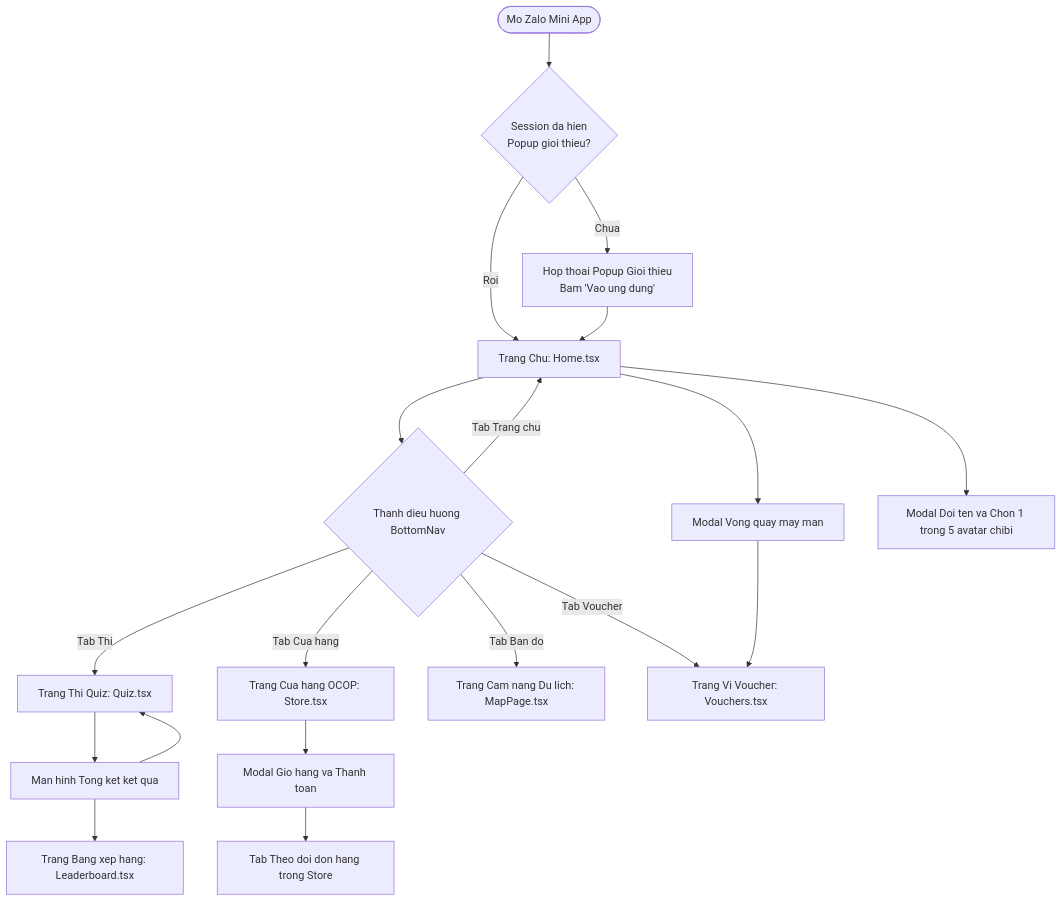
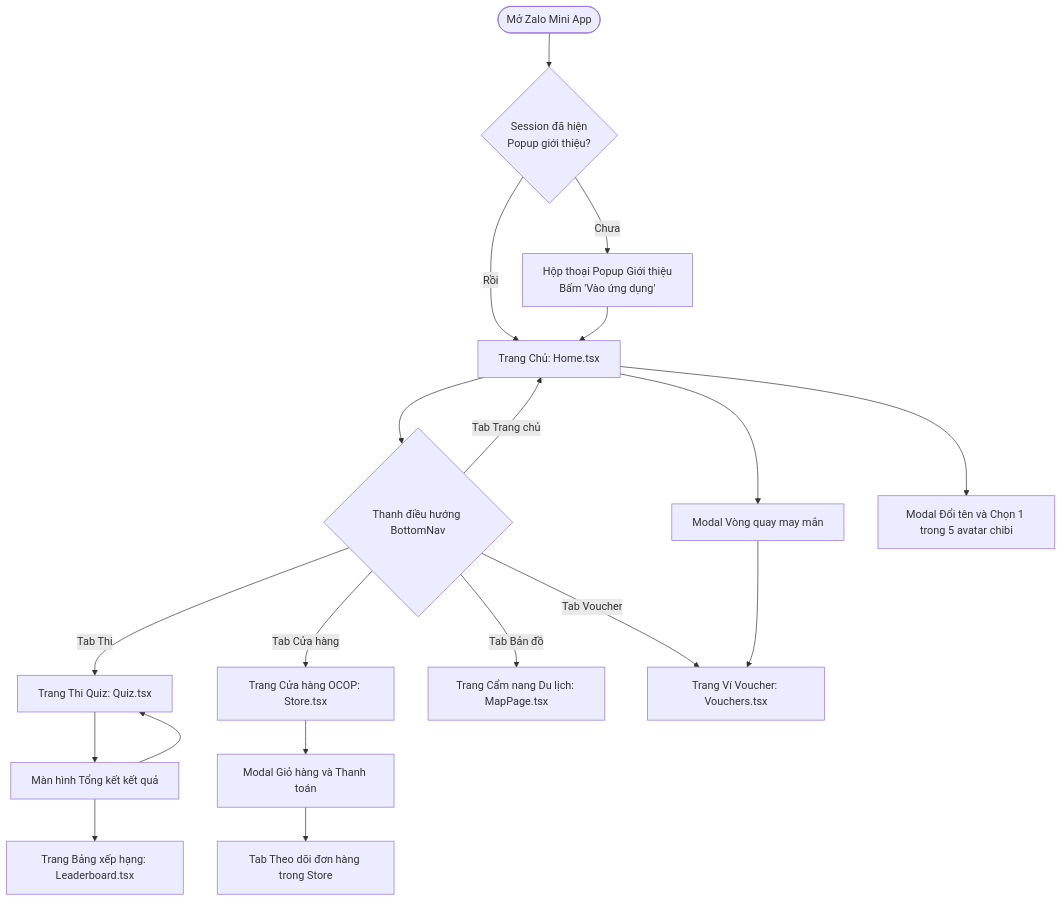
The tenth of 10 diagrams in MO_TA_HE_THONG.md (ZangKai2k3/dak-song-quest), drawn with Mermaid before and after one commit. The commit also changed other lines of this file and 2 other files, not shown here.

Commit message:
docs: chuyen doi toan bo file md sang tieng Viet co dau chuan chinh, khong emoji

````diff
--- a/MO_TA_HE_THONG.md
+++ b/MO_TA_HE_THONG.md
@@ -943,27 +943,27 @@
 ```mermaid
 flowchart TD
-    AppLaunch([Mo Zalo Mini App]) --> CheckPopup{Session da hien\nPopup gioi thieu?}
-    CheckPopup -- "Chua" --> ModalIntro[Hop thoai Popup Gioi thieu\nBam 'Vao ung dung']
-    CheckPopup -- "Roi" --> HomePage[Trang Chu: Home.tsx]
+    AppLaunch(["Mở Zalo Mini App"]) --> CheckPopup{"Session đã hiện\nPopup giới thiệu?"}
+    CheckPopup -- "Chưa" --> ModalIntro["Hộp thoại Popup Giới thiệu\nBấm 'Vào ứng dụng'"]
+    CheckPopup -- "Rồi" --> HomePage["Trang Chủ: Home.tsx"]
     ModalIntro --> HomePage
     
-    HomePage --> BottomNav{Thanh dieu huong BottomNav}
+    HomePage --> BottomNav{"Thanh điều hướng BottomNav"}
     
-    BottomNav -- "Tab Trang chu" --> HomePage
-    BottomNav -- "Tab Thi" --> QuizPage[Trang Thi Quiz: Quiz.tsx]
-    BottomNav -- "Tab Cua hang" --> StorePage[Trang Cua hang OCOP: Store.tsx]
-    BottomNav -- "Tab Ban do" --> MapPage[Trang Cam nang Du lich: MapPage.tsx]
-    BottomNav -- "Tab Voucher" --> VoucherPage[Trang Vi Voucher: Vouchers.tsx]
+    BottomNav -- "Tab Trang chủ" --> HomePage
+    BottomNav -- "Tab Thi" --> QuizPage["Trang Thi Quiz: Quiz.tsx"]
+    BottomNav -- "Tab Cửa hàng" --> StorePage["Trang Cửa hàng OCOP: Store.tsx"]
+    BottomNav -- "Tab Bản đồ" --> MapPage["Trang Cẩm nang Du lịch: MapPage.tsx"]
+    BottomNav -- "Tab Voucher" --> VoucherPage["Trang Ví Voucher: Vouchers.tsx"]
 
-    HomePage --> LuckyModal[Modal Vong quay may man]
+    HomePage --> LuckyModal["Modal Vòng quay may mắn"]
     LuckyModal --> VoucherPage
 
-    QuizPage --> FinishQuizModal[Man hinh Tong ket ket qua]
-    FinishQuizModal --> LeaderboardPage[Trang Bang xep hang: Leaderboard.tsx]
+    QuizPage --> FinishQuizModal["Màn hình Tổng kết kết quả"]
+    FinishQuizModal --> LeaderboardPage["Trang Bảng xếp hạng: Leaderboard.tsx"]
     FinishQuizModal --> QuizPage
 
-    StorePage --> CheckoutModal[Modal Gio hang va Thanh toan]
-    CheckoutModal --> OrderTrackingTab[Tab Theo doi don hang trong Store]
+    StorePage --> CheckoutModal["Modal Giỏ hàng và Thanh toán"]
+    CheckoutModal --> OrderTrackingTab["Tab Theo dõi đơn hàng trong Store"]
     
-    HomePage --> UserProfileModal[Modal Doi ten va Chon 1 trong 5 avatar chibi]
+    HomePage --> UserProfileModal["Modal Đổi tên và Chọn 1 trong 5 avatar chibi"]
 ```
````
